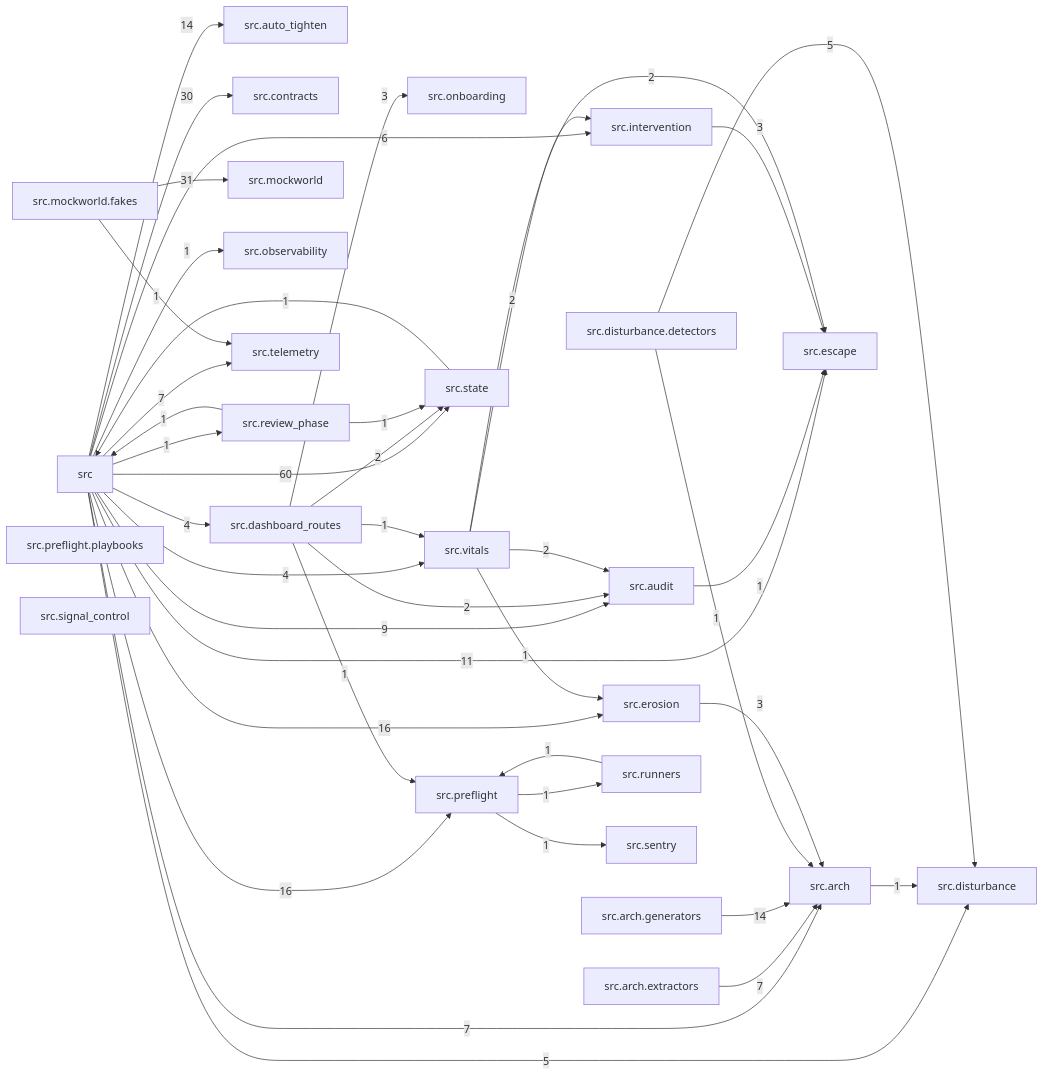
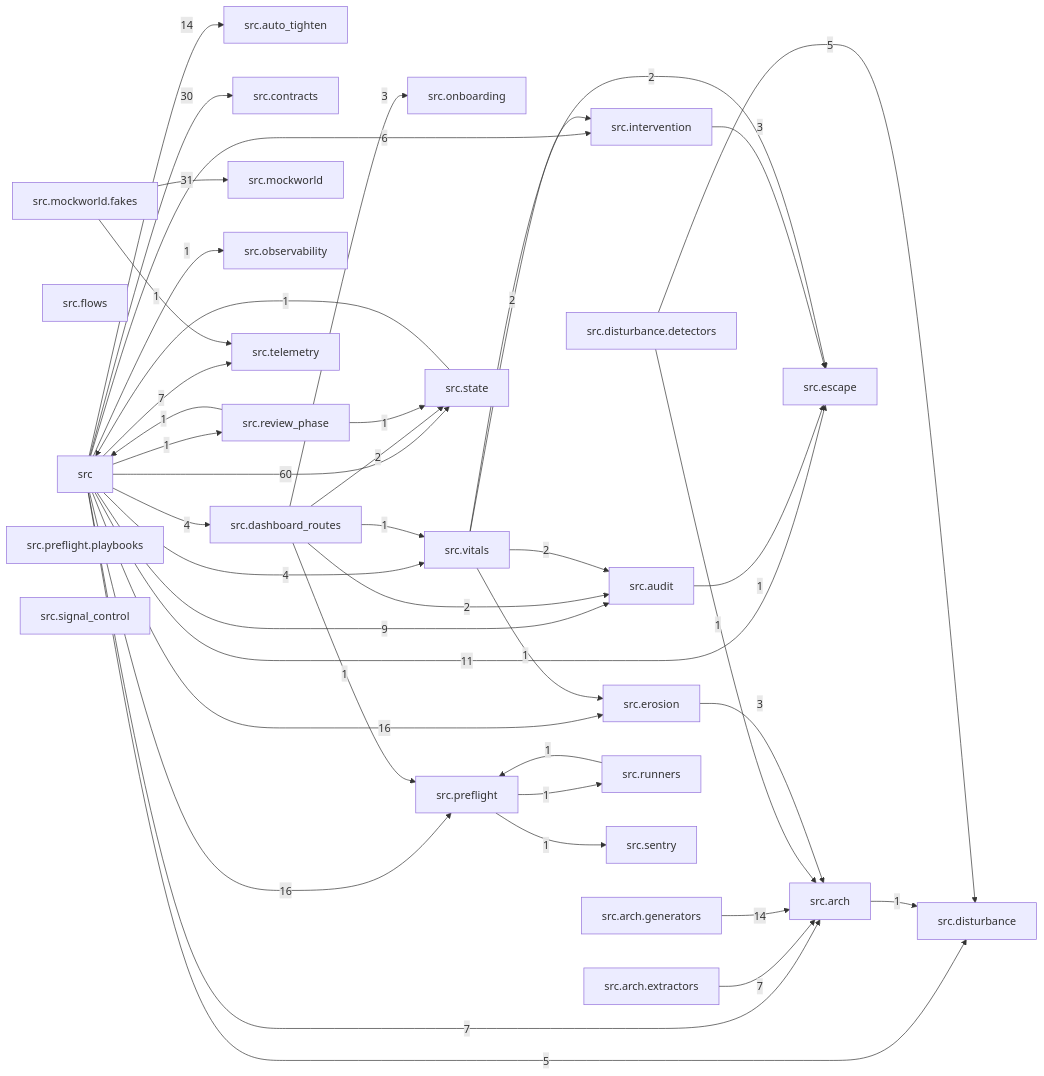
The diagram in docs/arch/generated/modules.md (T-rav/hydraflow), drawn with Mermaid before and after one commit. The commit also changed 12 other files, not shown here.

First line of the commit message:
feat(flows): in-framework flow (DAG) primitive + ADR (P0 of #10682) (#10684)

````diff
--- a/docs/arch/generated/modules.md
+++ b/docs/arch/generated/modules.md
@@ -7,69 +7,70 @@
 ```mermaid
 graph LR
     src["src"]
     src_arch["src.arch"]
     src_arch_extractors["src.arch.extractors"]
     src_arch_generators["src.arch.generators"]
     src_audit["src.audit"]
     src_auto_tighten["src.auto_tighten"]
     src_contracts["src.contracts"]
     src_dashboard_routes["src.dashboard_routes"]
     src_disturbance["src.disturbance"]
     src_disturbance_detectors["src.disturbance.detectors"]
     src_erosion["src.erosion"]
     src_escape["src.escape"]
+    src_flows["src.flows"]
     src_intervention["src.intervention"]
     src_mockworld["src.mockworld"]
     src_mockworld_fakes["src.mockworld.fakes"]
     src_observability["src.observability"]
     src_onboarding["src.onboarding"]
     src_preflight["src.preflight"]
     src_preflight_playbooks["src.preflight.playbooks"]
     src_review_phase["src.review_phase"]
     src_runners["src.runners"]
     src_sentry["src.sentry"]
     src_signal_control["src.signal_control"]
     src_state["src.state"]
     src_telemetry["src.telemetry"]
     src_vitals["src.vitals"]
     src -- "7" --> src_arch
     src -- "9" --> src_audit
     src -- "14" --> src_auto_tighten
     src -- "30" --> src_contracts
     src -- "4" --> src_dashboard_routes
     src -- "5" --> src_disturbance
     src -- "16" --> src_erosion
     src -- "11" --> src_escape
     src -- "6" --> src_intervention
     src -- "1" --> src_observability
     src -- "16" --> src_preflight
     src -- "1" --> src_review_phase
     src -- "60" --> src_state
     src -- "7" --> src_telemetry
     src -- "4" --> src_vitals
     src_arch -- "1" --> src_disturbance
     src_arch_extractors -- "7" --> src_arch
     src_arch_generators -- "14" --> src_arch
     src_audit -- "1" --> src_escape
     src_dashboard_routes -- "2" --> src_audit
     src_dashboard_routes -- "3" --> src_onboarding
     src_dashboard_routes -- "1" --> src_preflight
     src_dashboard_routes -- "2" --> src_state
     src_dashboard_routes -- "1" --> src_vitals
     src_disturbance_detectors -- "1" --> src_arch
     src_disturbance_detectors -- "5" --> src_disturbance
     src_erosion -- "3" --> src_arch
     src_intervention -- "3" --> src_escape
     src_mockworld_fakes -- "31" --> src_mockworld
     src_mockworld_fakes -- "1" --> src_telemetry
     src_preflight -- "1" --> src_runners
     src_preflight -- "1" --> src_sentry
     src_review_phase -- "1" --> src
     src_review_phase -- "1" --> src_state
     src_runners -- "1" --> src_preflight
     src_state -- "1" --> src
     src_vitals -- "2" --> src_audit
     src_vitals -- "1" --> src_erosion
     src_vitals -- "2" --> src_escape
     src_vitals -- "2" --> src_intervention
 ```
````
